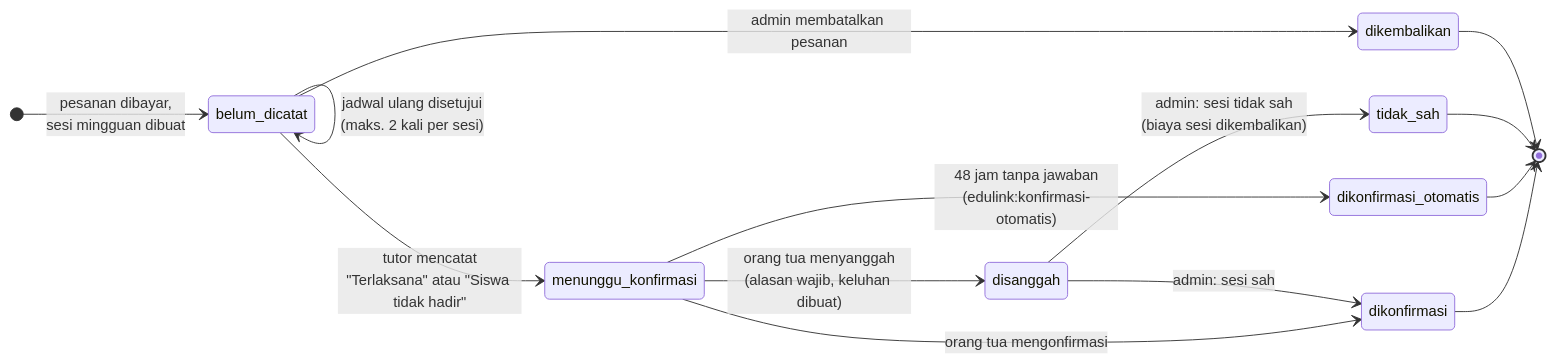
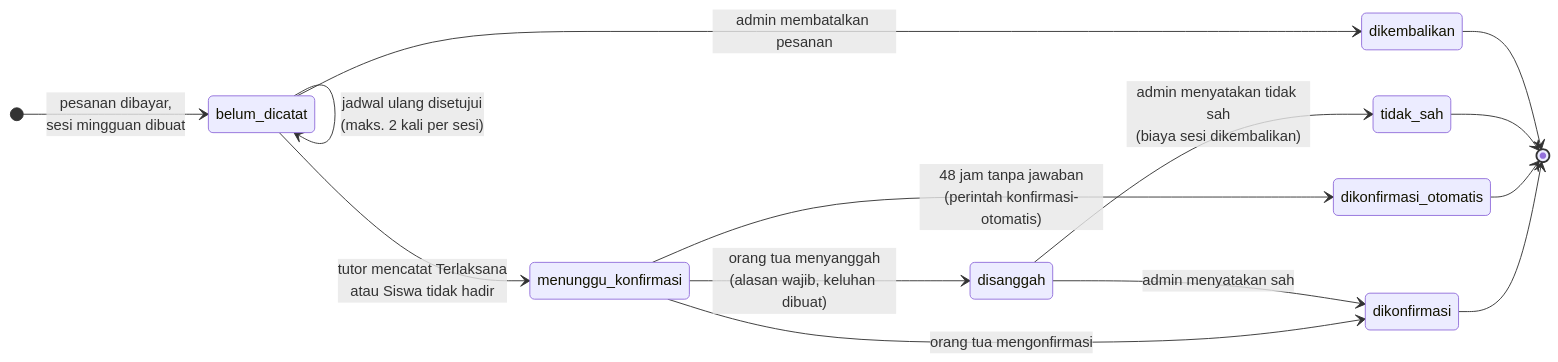
One commit to MelloWCat-Meow/EduLink changed the third of 5 diagrams in docs/arsitektur.md. Above: the diagram before and after it, drawn with Mermaid. The commit also changed other lines of this file and 24 other files, not shown here.

````diff
--- a/docs/arsitektur.md
+++ b/docs/arsitektur.md
@@ -243,17 +243,17 @@
 ```mermaid
 stateDiagram-v2
     direction LR
     [*] --> belum_dicatat : pesanan dibayar,<br/>sesi mingguan dibuat
     belum_dicatat --> belum_dicatat : jadwal ulang disetujui<br/>(maks. 2 kali per sesi)
-    belum_dicatat --> menunggu_konfirmasi : tutor mencatat<br/>"Terlaksana" atau "Siswa tidak hadir"
+    belum_dicatat --> menunggu_konfirmasi : tutor mencatat Terlaksana<br/>atau Siswa tidak hadir
     belum_dicatat --> dikembalikan : admin membatalkan pesanan
     menunggu_konfirmasi --> dikonfirmasi : orang tua mengonfirmasi
-    menunggu_konfirmasi --> dikonfirmasi_otomatis : 48 jam tanpa jawaban<br/>(edulink:konfirmasi-otomatis)
+    menunggu_konfirmasi --> dikonfirmasi_otomatis : 48 jam tanpa jawaban<br/>(perintah konfirmasi-otomatis)
     menunggu_konfirmasi --> disanggah : orang tua menyanggah<br/>(alasan wajib, keluhan dibuat)
-    disanggah --> dikonfirmasi : admin: sesi sah
-    disanggah --> tidak_sah : admin: sesi tidak sah<br/>(biaya sesi dikembalikan)
+    disanggah --> dikonfirmasi : admin menyatakan sah
+    disanggah --> tidak_sah : admin menyatakan tidak sah<br/>(biaya sesi dikembalikan)
     dikonfirmasi --> [*]
     dikonfirmasi_otomatis --> [*]
     tidak_sah --> [*]
     dikembalikan --> [*]
 ```
````
